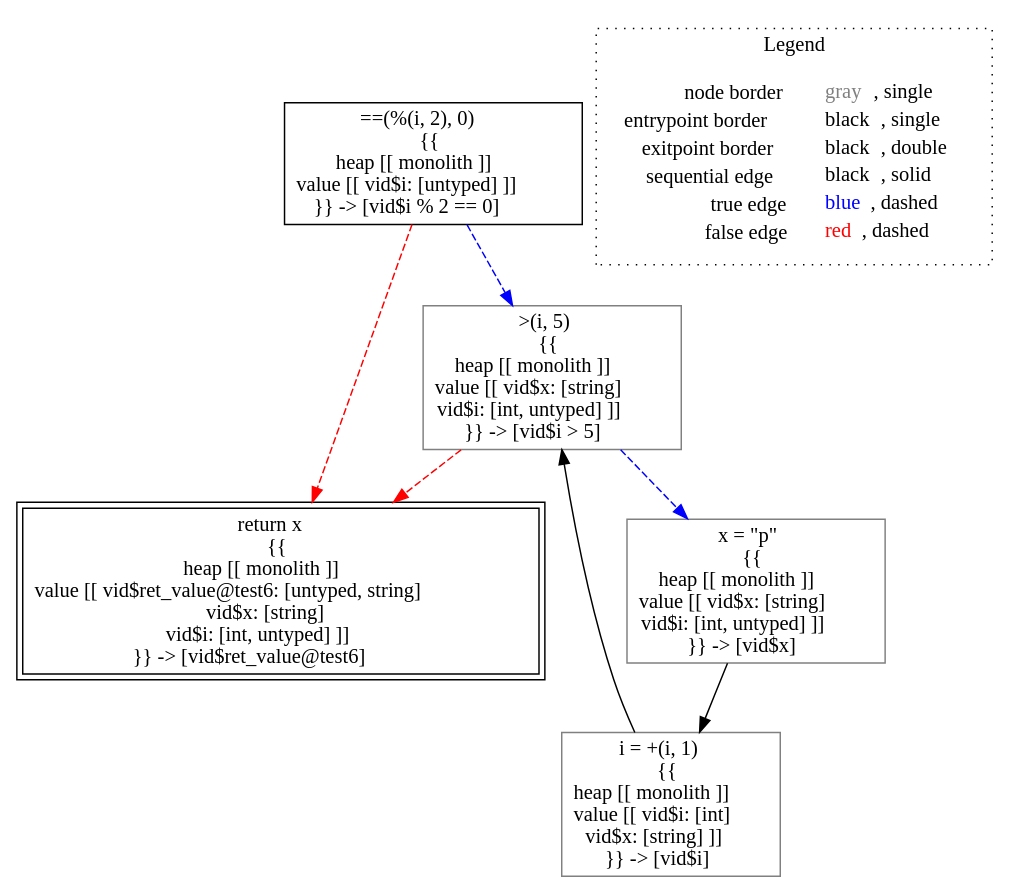
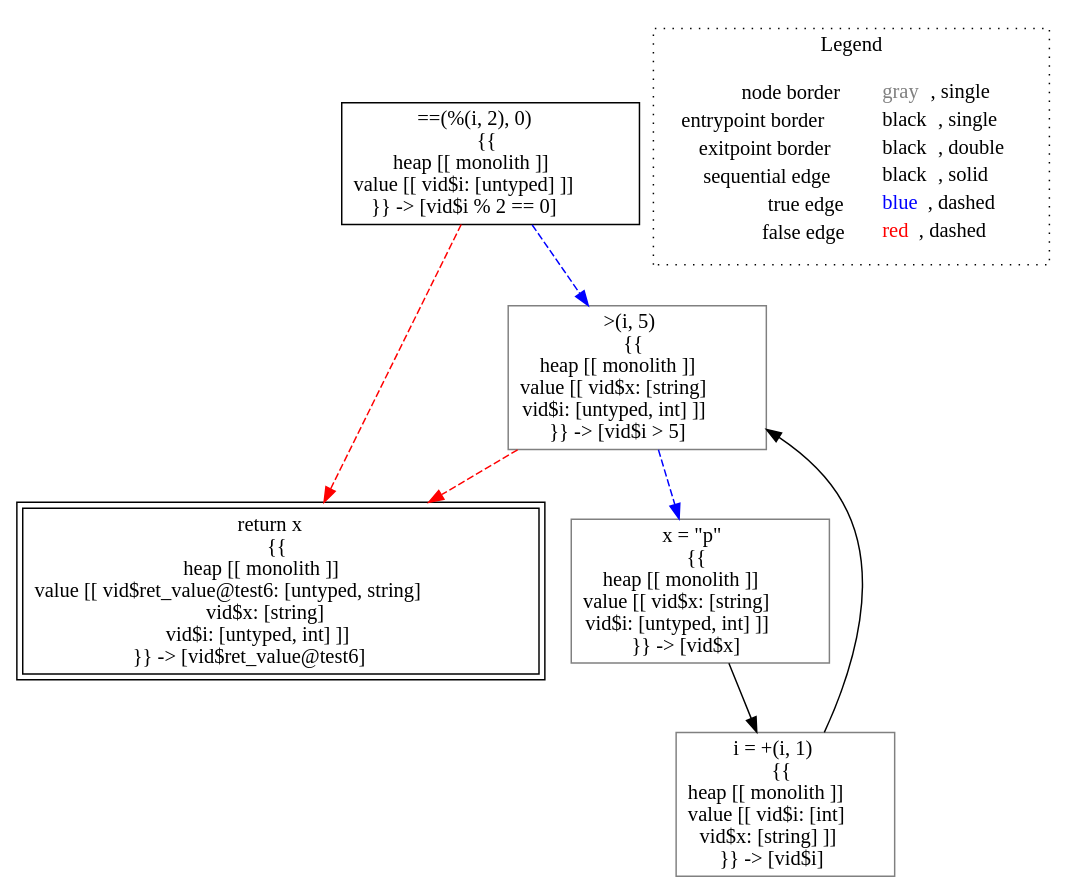
Before and after one commit to lisa-analyzer/lisa: the diagram in lisa/imp-testcases/type-inference/typing___untyped_test6(untyped_i).dot, drawn with Graphviz. The commit also changed 6 other files, not shown here.

```diff
--- a/lisa/imp-testcases/type-inference/typing___untyped_test6(untyped_i).dot
+++ b/lisa/imp-testcases/type-inference/typing___untyped_test6(untyped_i).dot
@@ -1,20 +1,20 @@
 digraph {
 	"node0" [shape="rect",color="black",label=<==(%(i, 2), 0)<BR/>{{<BR/>heap [[ monolith ]]<BR/>value [[ vid$i: [untyped] ]]<BR/>}} -&gt; [vid$i % 2 == 0]>];
-	"node1" [shape="rect",color="black",peripheries="2",label=<return x<BR/>{{<BR/>heap [[ monolith ]]<BR/>value [[ vid$ret_value@test6: [untyped, string]<BR/>vid$x: [string]<BR/>vid$i: [int, untyped] ]]<BR/>}} -&gt; [vid$ret_value@test6]>];
-	"node2" [shape="rect",color="gray",label=<x = &quot;p&quot;<BR/>{{<BR/>heap [[ monolith ]]<BR/>value [[ vid$x: [string]<BR/>vid$i: [int, untyped] ]]<BR/>}} -&gt; [vid$x]>];
-	"node3" [shape="rect",color="gray",label=<i = +(i, 1)<BR/>{{<BR/>heap [[ monolith ]]<BR/>value [[ vid$i: [int]<BR/>vid$x: [string] ]]<BR/>}} -&gt; [vid$i]>];
-	"node4" [shape="rect",color="gray",label=<&gt;(i, 5)<BR/>{{<BR/>heap [[ monolith ]]<BR/>value [[ vid$x: [string]<BR/>vid$i: [int, untyped] ]]<BR/>}} -&gt; [vid$i &gt; 5]>];
-	"node2" -> "node3" [color="black"];
-	"node3" -> "node4" [color="black"];
-	"node4" -> "node1" [color="red",style="dashed"];
-	"node4" -> "node2" [color="blue",style="dashed"];
-	"node0" -> "node1" [color="red",style="dashed"];
-	"node0" -> "node4" [color="blue",style="dashed"];
+	"node1" [shape="rect",color="gray",label=<x = &quot;p&quot;<BR/>{{<BR/>heap [[ monolith ]]<BR/>value [[ vid$x: [string]<BR/>vid$i: [untyped, int] ]]<BR/>}} -&gt; [vid$x]>];
+	"node2" [shape="rect",color="black",peripheries="2",label=<return x<BR/>{{<BR/>heap [[ monolith ]]<BR/>value [[ vid$ret_value@test6: [untyped, string]<BR/>vid$x: [string]<BR/>vid$i: [untyped, int] ]]<BR/>}} -&gt; [vid$ret_value@test6]>];
+	"node3" [shape="rect",color="gray",label=<&gt;(i, 5)<BR/>{{<BR/>heap [[ monolith ]]<BR/>value [[ vid$x: [string]<BR/>vid$i: [untyped, int] ]]<BR/>}} -&gt; [vid$i &gt; 5]>];
+	"node4" [shape="rect",color="gray",label=<i = +(i, 1)<BR/>{{<BR/>heap [[ monolith ]]<BR/>value [[ vid$i: [int]<BR/>vid$x: [string] ]]<BR/>}} -&gt; [vid$i]>];
+	"node1" -> "node4" [color="black"];
+	"node0" -> "node2" [color="red",style="dashed"];
+	"node0" -> "node3" [color="blue",style="dashed"];
+	"node3" -> "node1" [color="blue",style="dashed"];
+	"node3" -> "node2" [color="red",style="dashed"];
+	"node4" -> "node3" [color="black"];
 subgraph cluster_legend {
 	label="Legend";
 	style=dotted;
 	node [shape=plaintext];
 	"legend" [label=<<table border="0" cellpadding="2" cellspacing="0" cellborder="0"><tr><td align="right">node border&nbsp;</td><td align="left"><font color="gray">gray</font>, single</td></tr><tr><td align="right">entrypoint border&nbsp;</td><td align="left"><font color="black">black</font>, single</td></tr><tr><td align="right">exitpoint border&nbsp;</td><td align="left"><font color="black">black</font>, double</td></tr><tr><td align="right">sequential edge&nbsp;</td><td align="left"><font color="black">black</font>, solid</td></tr><tr><td align="right">true edge&nbsp;</td><td align="left"><font color="blue">blue</font>, dashed</td></tr><tr><td align="right">false edge&nbsp;</td><td align="left"><font color="red">red</font>, dashed</td></tr></table>>];
 }
 
 }
```
